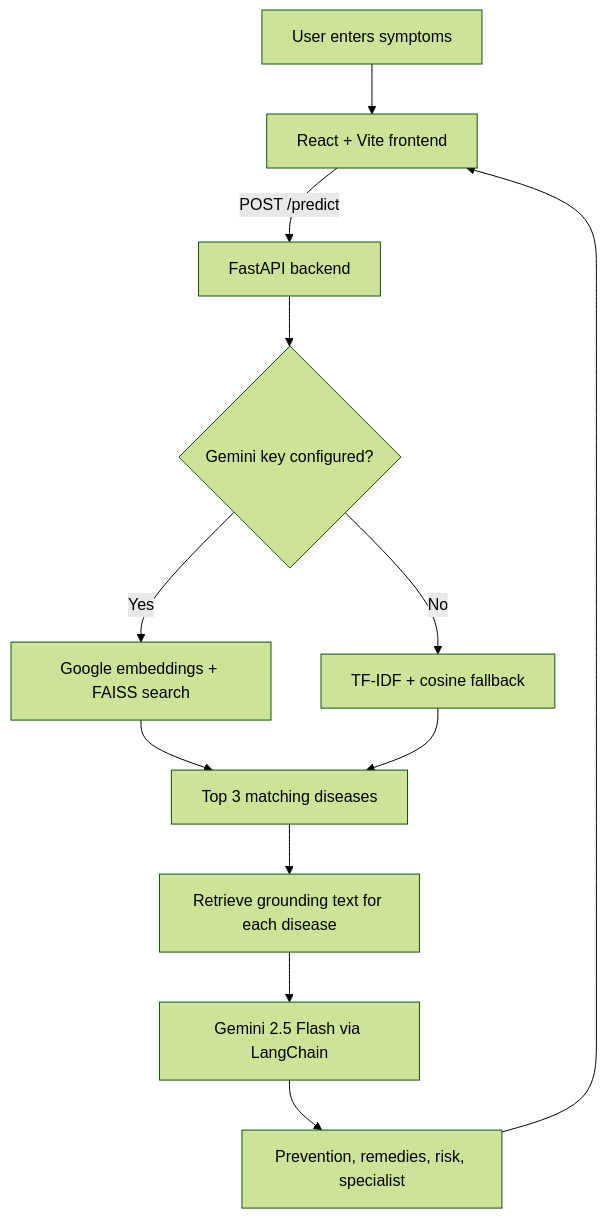
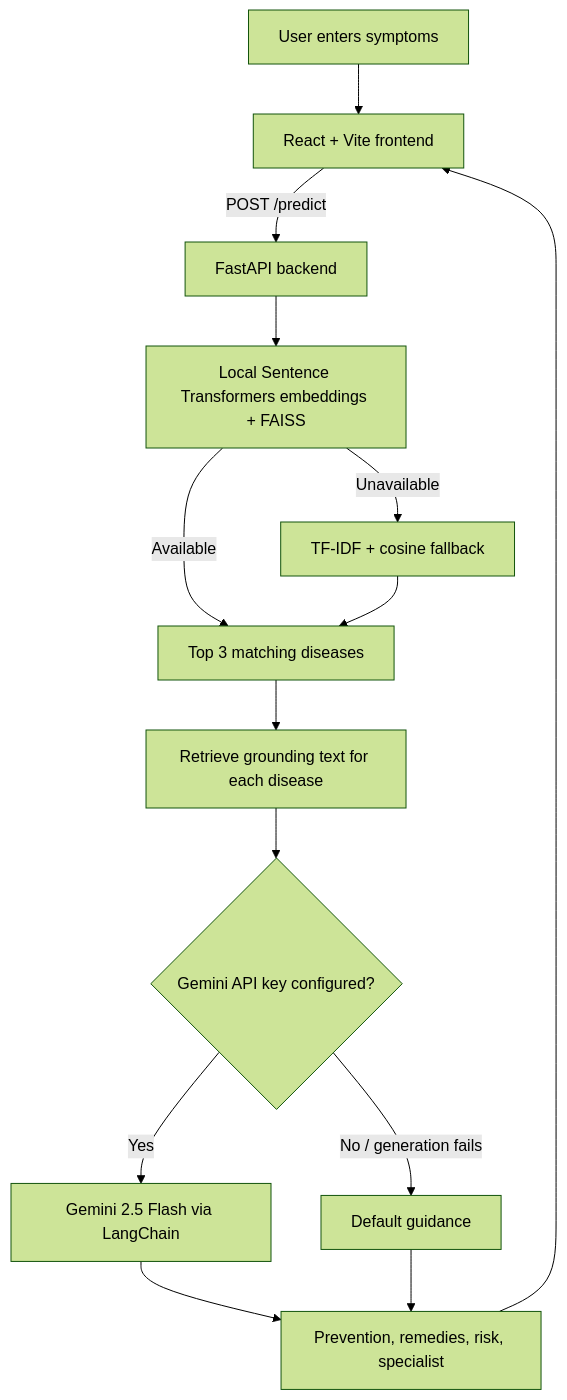
Before and after one commit to DristiLaskar/AURA: the diagram in README.md, drawn with Mermaid (forest theme). The commit also changed other lines of this file, not shown here.

````diff
--- a/README.md
+++ b/README.md
@@ -79,14 +79,16 @@
 ```mermaid
 flowchart TD
     U[User enters symptoms] --> F[React + Vite frontend]
     F -->|POST /predict| A[FastAPI backend]
-    A --> S{Gemini key configured?}
-    S -->|Yes| E[Google embeddings + FAISS search]
-    S -->|No| T[TF-IDF + cosine fallback]
-    E --> R[Top 3 matching diseases]
+    A --> E[Local Sentence Transformers embeddings + FAISS]
+    E -->|Available| R[Top 3 matching diseases]
+    E -->|Unavailable| T[TF-IDF + cosine fallback]
     T --> R
     R --> G[Retrieve grounding text for each disease]
-    G --> L[Gemini 2.5 Flash via LangChain]
+    G --> K{Gemini API key configured?}
+    K -->|Yes| L[Gemini 2.5 Flash via LangChain]
+    K -->|No / generation fails| D[Default guidance]
     L --> J[Prevention, remedies, risk, specialist]
+    D --> J
     J --> F
 ```
````
